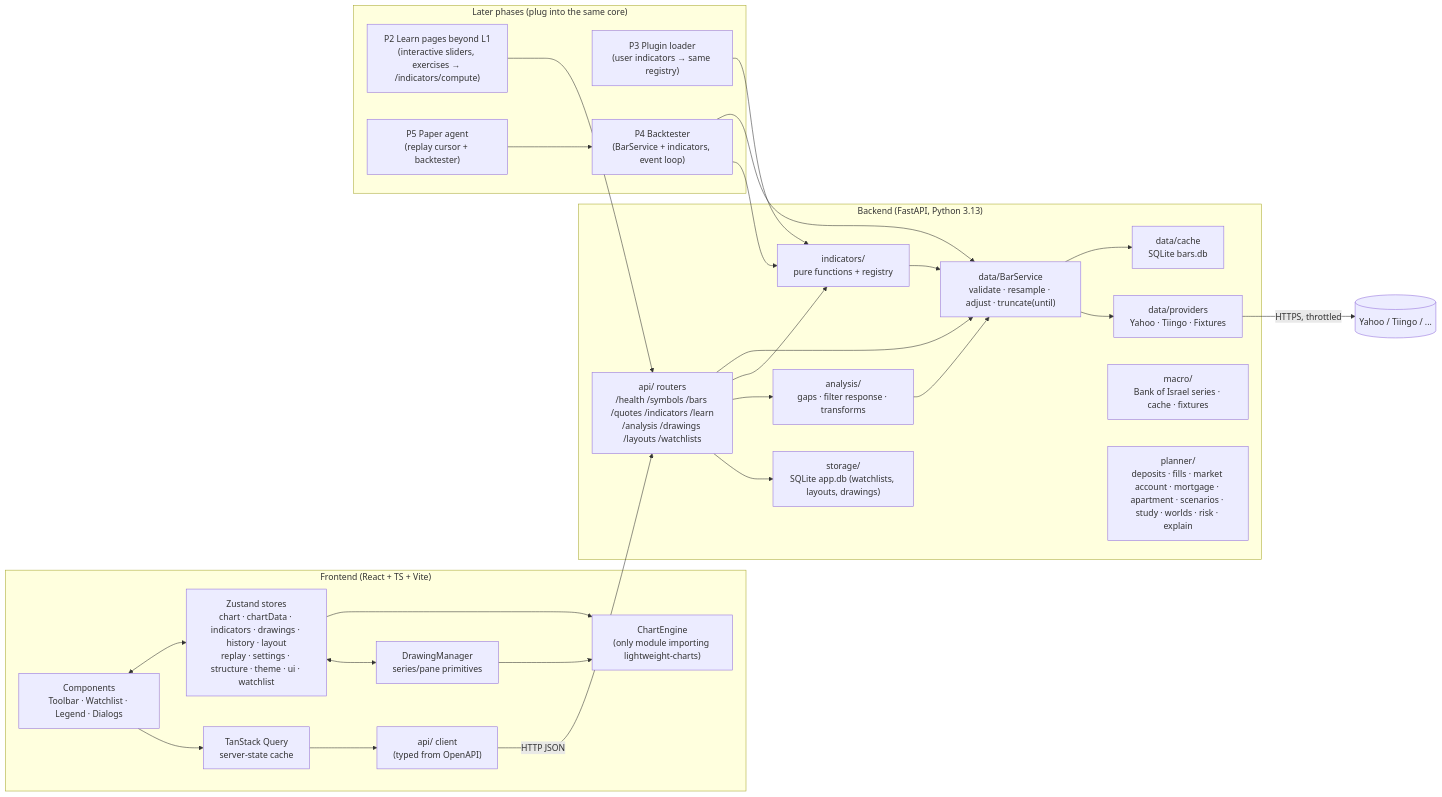
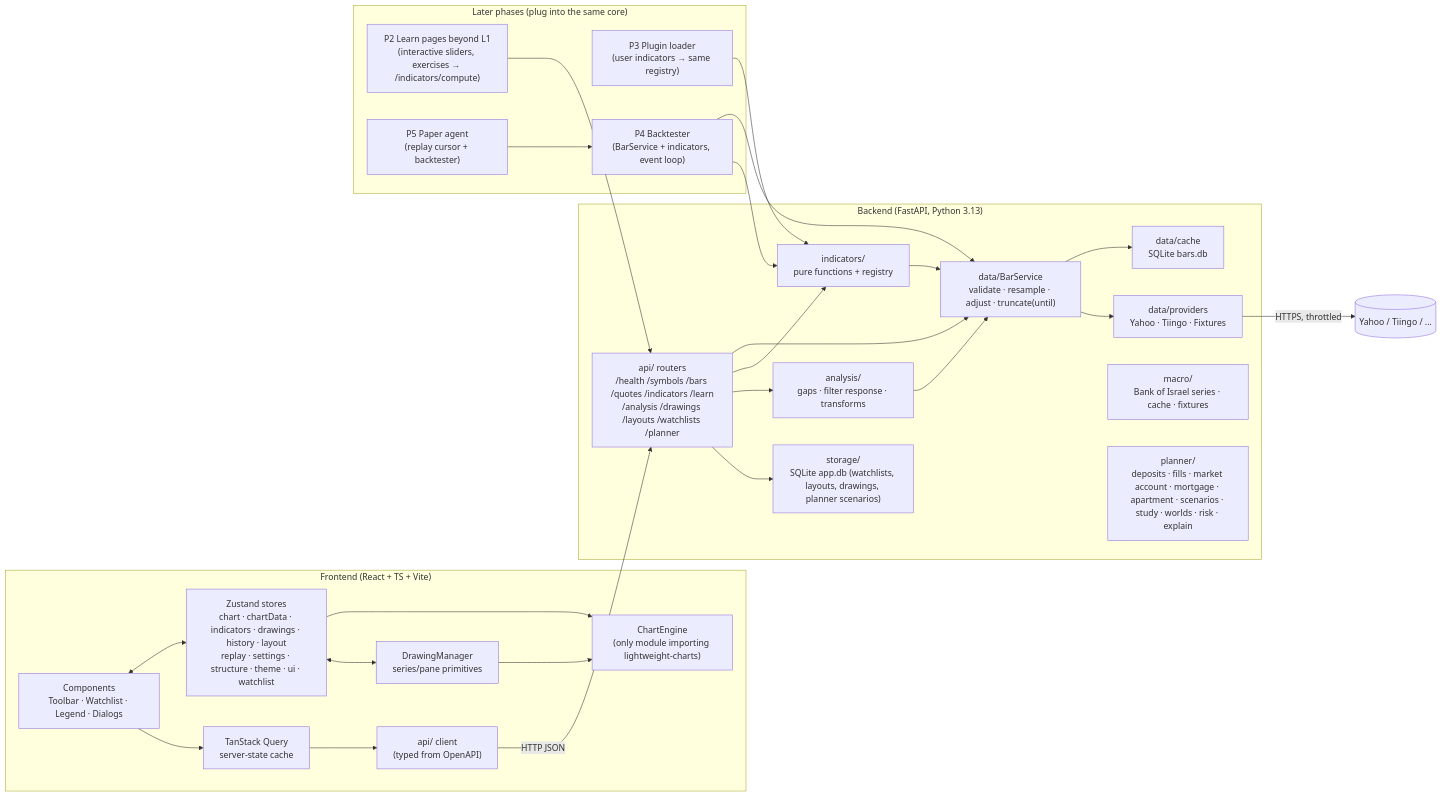
One commit to tamirgabgab/trade-nig-view changed the first of 2 diagrams in docs/ARCHITECTURE.md. Above: the diagram before and after it, drawn with Mermaid. The commit also changed other lines of this file and 5 other files, not shown here.

First line of the commit message:
docs(planner): ADR 0024, the scenarios endpoints and H4 in the roadmap, the README and the plan

````diff
--- a/docs/ARCHITECTURE.md
+++ b/docs/ARCHITECTURE.md
@@ -18,50 +18,50 @@
 ```mermaid
 flowchart LR
   subgraph Browser["Frontend (React + TS + Vite)"]
     UI["Components<br/>Toolbar · Watchlist · Legend · Dialogs"]
     Store["Zustand stores<br/>chart · chartData · indicators · drawings · history · layout<br/>replay · settings · structure · theme · ui · watchlist"]
     Query["TanStack Query<br/>server-state cache"]
     Engine["ChartEngine<br/>(only module importing lightweight-charts)"]
     Draw["DrawingManager<br/>series/pane primitives"]
     API["api/ client<br/>(typed from OpenAPI)"]
     UI <--> Store
     UI --> Query --> API
     Store --> Engine
     Draw --> Engine
     Store <--> Draw
   end
 
   subgraph Backend["Backend (FastAPI, Python 3.13)"]
-    Routes["api/ routers<br/>/health /symbols /bars /quotes /indicators /learn<br/>/analysis /drawings /layouts /watchlists"]
+    Routes["api/ routers<br/>/health /symbols /bars /quotes /indicators /learn<br/>/analysis /drawings /layouts /watchlists /planner"]
     BarSvc["data/BarService<br/>validate · resample · adjust · truncate(until)"]
     Cache["data/cache<br/>SQLite bars.db"]
     Prov["data/providers<br/>Yahoo · Tiingo · Fixtures"]
     Macro["macro/<br/>Bank of Israel series · cache · fixtures"]
     Plan["planner/<br/>deposits · fills · market account · mortgage · apartment · scenarios · study · worlds · risk · explain"]
     Ind["indicators/<br/>pure functions + registry"]
     Ana["analysis/<br/>gaps · filter response · transforms"]
-    Store2["storage/<br/>SQLite app.db (watchlists, layouts, drawings)"]
+    Store2["storage/<br/>SQLite app.db (watchlists, layouts, drawings, planner scenarios)"]
     Routes --> BarSvc --> Cache
     BarSvc --> Prov
     Routes --> Ind
     Routes --> Ana
     Ind --> BarSvc
     Ana --> BarSvc
     Routes --> Store2
   end
 
   subgraph Future["Later phases (plug into the same core)"]
     Learn["P2 Learn pages beyond L1<br/>(interactive sliders, exercises → /indicators/compute)"]
     Plug["P3 Plugin loader<br/>(user indicators → same registry)"]
     BT["P4 Backtester<br/>(BarService + indicators, event loop)"]
     Agent["P5 Paper agent<br/>(replay cursor + backtester)"]
   end
 
   API -->|HTTP JSON| Routes
   Prov -->|HTTPS, throttled| Internet[(Yahoo / Tiingo / ...)]
   Learn --> Routes
   Plug --> Ind
   BT --> BarSvc
   BT --> Ind
   Agent --> BT
 ```
````
